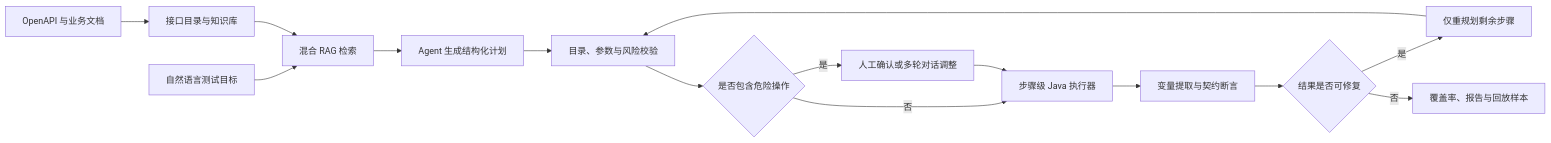
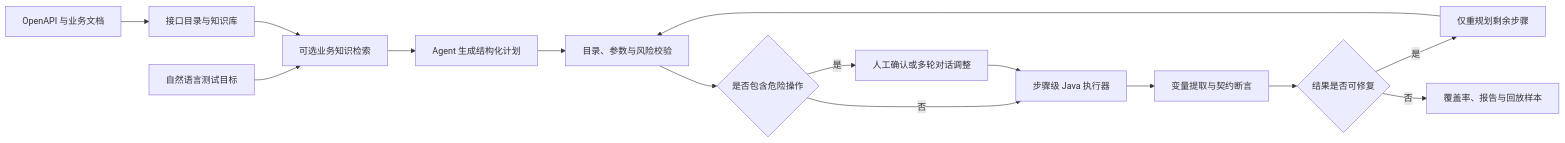
Before and after one commit to Dawdawqaq/api-pilot-agent: the diagram in README.md, drawn with Mermaid. The commit also changed other lines of this file and 103 other files, not shown here.

````diff
--- a/README.md
+++ b/README.md
@@ -36,17 +43,17 @@
 ```mermaid
 flowchart LR
     A["OpenAPI 与业务文档"] --> B["接口目录与知识库"]
-    U["自然语言测试目标"] --> C["混合 RAG 检索"]
+    U["自然语言测试目标"] --> C["可选业务知识检索"]
     B --> C
     C --> D["Agent 生成结构化计划"]
     D --> E["目录、参数与风险校验"]
     E --> F{"是否包含危险操作"}
     F -->|是| G["人工确认或多轮对话调整"]
     F -->|否| H["步骤级 Java 执行器"]
     G --> H
     H --> I["变量提取与契约断言"]
     I --> J{"结果是否可修复"}
     J -->|是| K["仅重规划剩余步骤"]
     K --> E
     J -->|否| L["覆盖率、报告与回放样本"]
 ```
````
